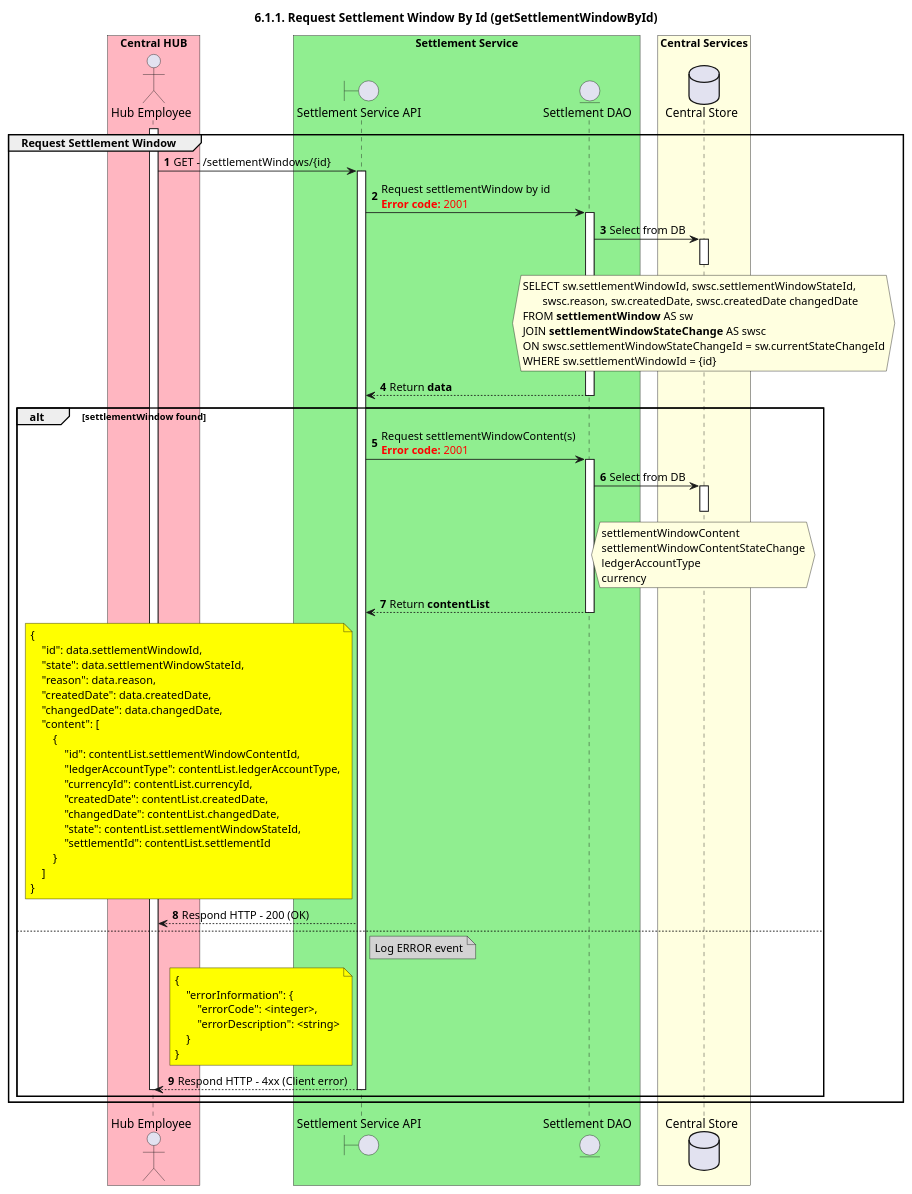
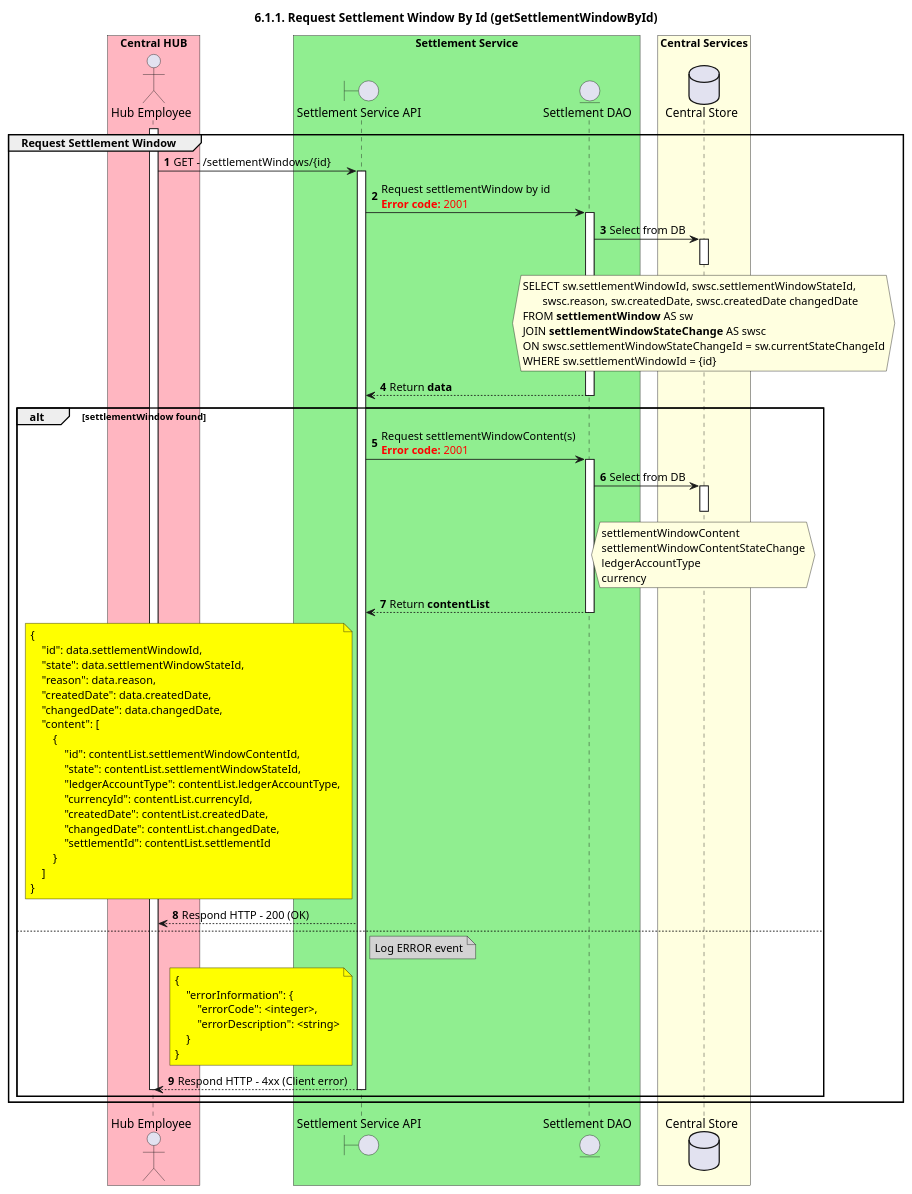
One commit to mojaloop/documentation changed the diagram in mojaloop-technical-overview/central-settlements/settlement-process/assets/diagrams/sequence/seq-setwindow-6.1.1.plantuml. Above: the diagram before and after it, drawn with PlantUML. The commit also changed other lines of this file and 3 other files, not shown here.

```diff
--- a/mojaloop-technical-overview/central-settlements/settlement-process/assets/diagrams/sequence/seq-setwindow-6.1.1.plantuml
+++ b/mojaloop-technical-overview/central-settlements/settlement-process/assets/diagrams/sequence/seq-setwindow-6.1.1.plantuml
@@ -26,99 +26,99 @@
 @startuml
 ' declate title
 title 6.1.1. Request Settlement Window By Id (getSettlementWindowById)
 
 autonumber
 
 ' declare actors
 actor "Hub Employee" as OPERATOR
 boundary "Settlement Service API" as SSAPI
 entity "Settlement DAO" as SETTLE_DAO
 database "Central Store" as DB
 
 box "Central HUB" #lightpink
     participant OPERATOR
 end box
 
 box "Settlement Service" #lightgreen
     participant SSAPI
     participant SETTLE_DAO
 end box
 
 box "Central Services" #lightyellow
     participant DB
 end box
 
 ' start flow
 group Request Settlement Window
     activate OPERATOR
     OPERATOR -> SSAPI: GET - /settlementWindows/{id}
     activate SSAPI
     SSAPI -> SETTLE_DAO: Request settlementWindow by id\n<color #FF0000><b>Error code:</b> 2001</color>
     activate SETTLE_DAO
     SETTLE_DAO -> DB: Select from DB
     activate DB
     hnote over DB #lightyellow
         SELECT sw.settlementWindowId, swsc.settlementWindowStateId, 
                swsc.reason, sw.createdDate, swsc.createdDate changedDate
         FROM **settlementWindow** AS sw
         JOIN **settlementWindowStateChange** AS swsc
         ON swsc.settlementWindowStateChangeId = sw.currentStateChangeId
         WHERE sw.settlementWindowId = {id}
     end hnote
     deactivate DB
     SSAPI <-- SETTLE_DAO: Return **data**
     deactivate SETTLE_DAO
 
     alt settlementWindow found
         SSAPI -> SETTLE_DAO: Request settlementWindowContent(s)\n<color #FF0000><b>Error code:</b> 2001</color>
         activate SETTLE_DAO
         SETTLE_DAO -> DB: Select from DB
         activate DB
         hnote over DB #lightyellow
             settlementWindowContent
             settlementWindowContentStateChange
             ledgerAccountType
             currency
         end hnote
         deactivate DB
         SSAPI <-- SETTLE_DAO: Return **contentList**
         deactivate SETTLE_DAO
         note left of SSAPI #yellow
             {
                 "id": data.settlementWindowId,
                 "state": data.settlementWindowStateId,
                 "reason": data.reason,
                 "createdDate": data.createdDate,
                 "changedDate": data.changedDate,
                 "content": [
                     {
                         "id": contentList.settlementWindowContentId,
+                        "state": contentList.settlementWindowStateId,
                         "ledgerAccountType": contentList.ledgerAccountType,
                         "currencyId": contentList.currencyId,
                         "createdDate": contentList.createdDate,
                         "changedDate": contentList.changedDate,
-                        "state": contentList.settlementWindowStateId,
                         "settlementId": contentList.settlementId
                     }
                 ]
             }
         end note
         OPERATOR <-- SSAPI: Respond HTTP - 200 (OK)
     else
         note right of SSAPI #lightgray
             Log ERROR event
         end note
         note left of SSAPI #yellow
             {
                 "errorInformation": {
                     "errorCode": <integer>,
                     "errorDescription": <string>
                 }
             }
         end note
         OPERATOR <-- SSAPI: Respond HTTP - 4xx (Client error)
         deactivate SSAPI
         deactivate OPERATOR
     end
 end
 @enduml
```
